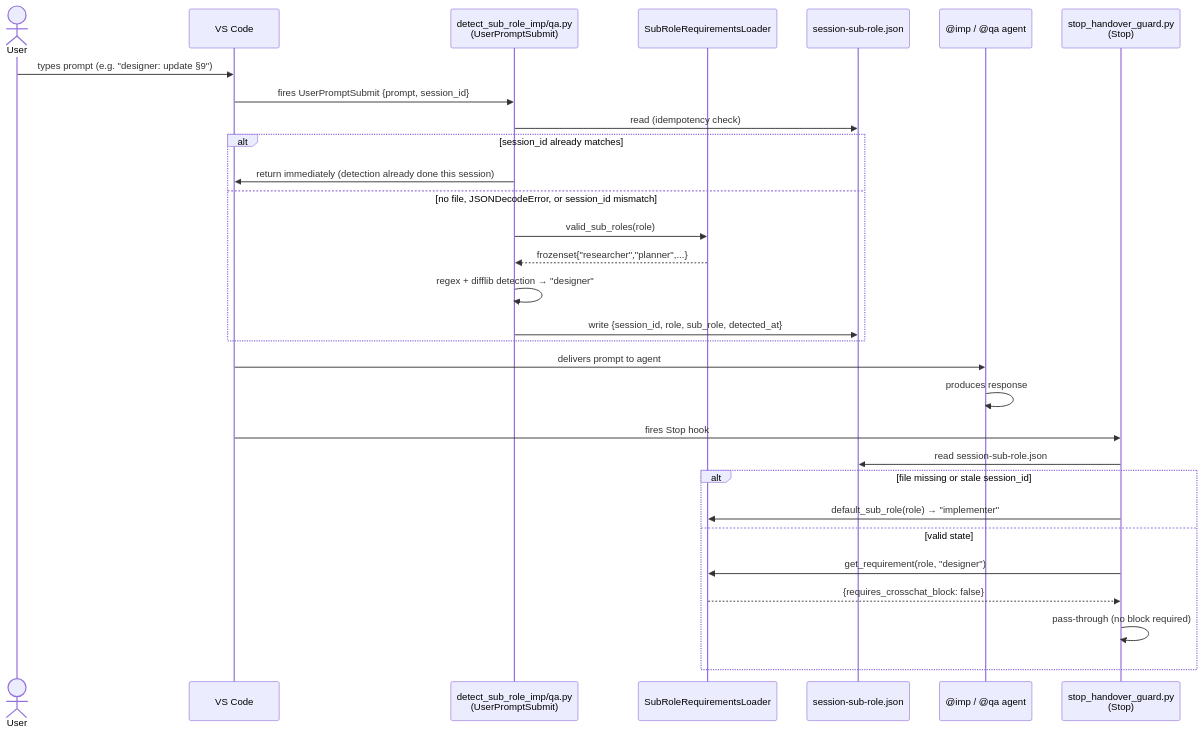
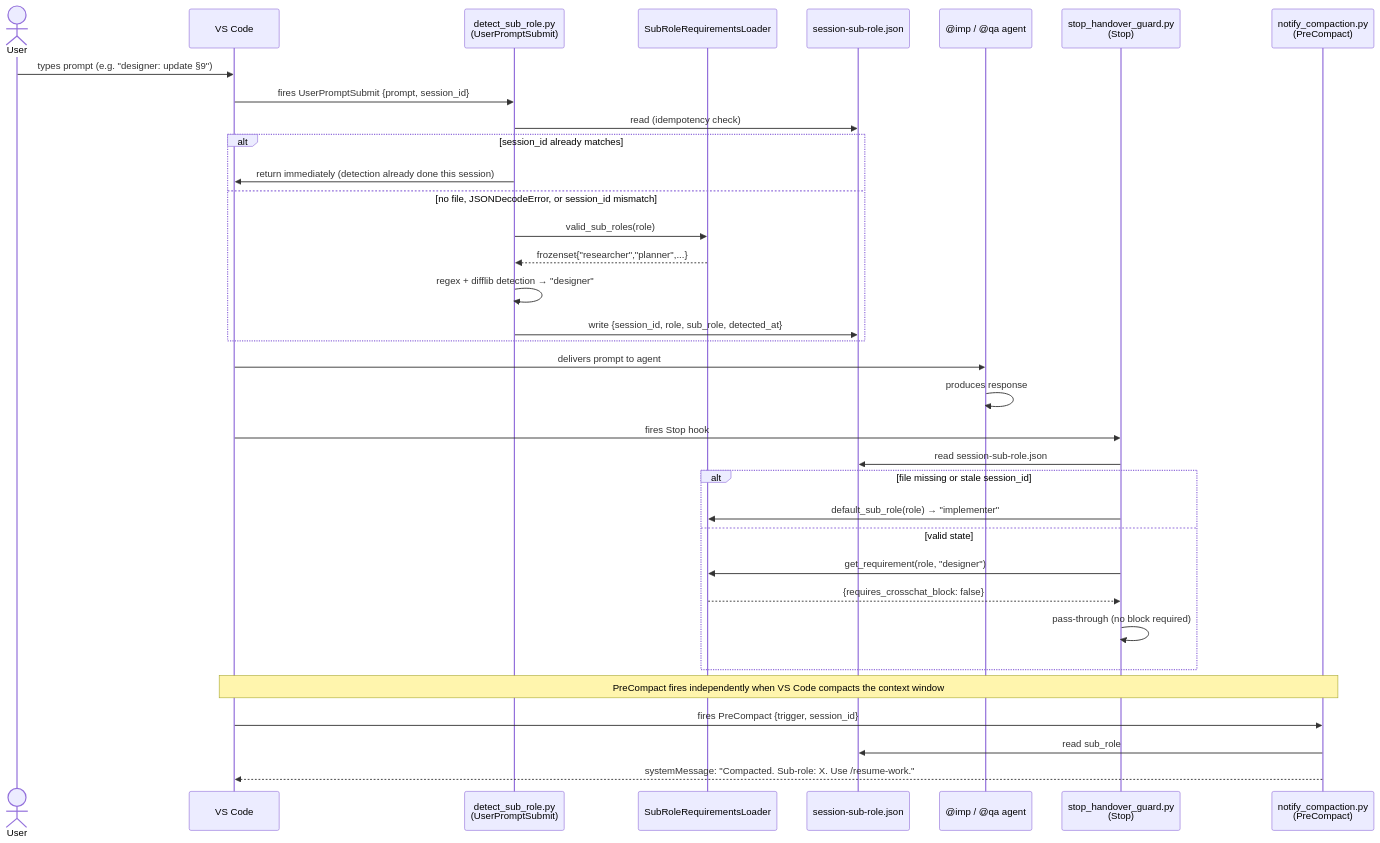
The second of 3 diagrams in docs/development/issue263/design_v2_sub_role_orchestration.md (MikeyVK/S1mpleTraderV3), drawn with Mermaid before and after one commit. The commit also changed other lines of this file, not shown here.

Commit message:
docs(P_DESIGN): update to v2.5: PreCompact hook in component + sequence diagrams, single UPS node in component diagram, §13 restructured to Component Inventory

````diff
--- a/docs/development/issue263/design_v2_sub_role_orchestration.md
+++ b/docs/development/issue263/design_v2_sub_role_orchestration.md
@@ -141,34 +141,40 @@
 ```mermaid
 sequenceDiagram
     actor User
     participant VS as VS Code
-    participant UPS as detect_sub_role_imp/qa.py<br/>(UserPromptSubmit)
+    participant UPS as detect_sub_role.py<br/>(UserPromptSubmit)
     participant LDR as SubRoleRequirementsLoader
     participant SF as session-sub-role.json
     participant Agent as @imp / @qa agent
     participant STOP as stop_handover_guard.py<br/>(Stop)
+    participant COMPACT as notify_compaction.py<br/>(PreCompact)
 
     User->>VS: types prompt (e.g. "designer: update §9")
     VS->>UPS: fires UserPromptSubmit {prompt, session_id}
     UPS->>SF: read (idempotency check)
     alt session_id already matches
         UPS->>VS: return immediately (detection already done this session)
     else no file, JSONDecodeError, or session_id mismatch
         UPS->>LDR: valid_sub_roles(role)
         LDR-->>UPS: frozenset{"researcher","planner",...}
         UPS->>UPS: regex + difflib detection → "designer"
         UPS->>SF: write {session_id, role, sub_role, detected_at}
     end
     VS->>Agent: delivers prompt to agent
 
     Agent->>Agent: produces response
     VS->>STOP: fires Stop hook
     STOP->>SF: read session-sub-role.json
     alt file missing or stale session_id
         STOP->>LDR: default_sub_role(role) → "implementer"
     else valid state
         STOP->>LDR: get_requirement(role, "designer")
         LDR-->>STOP: {requires_crosschat_block: false}
         STOP->>STOP: pass-through (no block required)
     end
+
+    Note over VS,COMPACT: PreCompact fires independently when VS Code compacts the context window
+    VS->>COMPACT: fires PreCompact {trigger, session_id}
+    COMPACT->>SF: read sub_role
+    COMPACT-->>VS: systemMessage: "Compacted. Sub-role: X. Use /resume-work."
 ```
````
